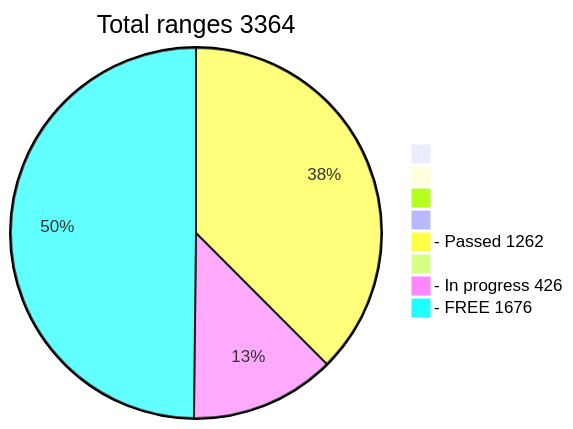
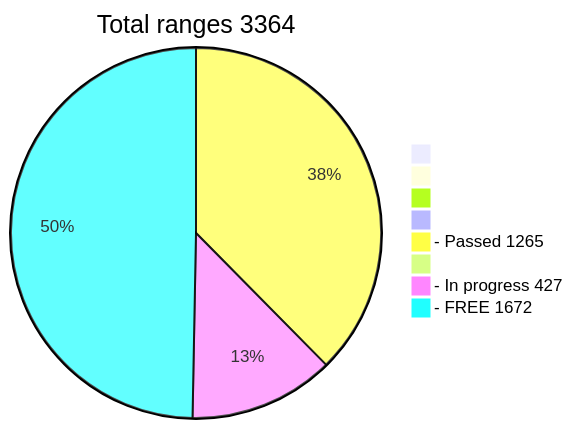
One commit to phrutis/wif500 changed the diagram in README.md. Above: the diagram before and after it, drawn with Mermaid.

````diff
--- a/README.md
+++ b/README.md
@@ -16,12 +16,12 @@
 ```mermaid
 pie title Total ranges 3364
              " " : 0
             "  " : 0
            "   " : 0
           "    " : 0
-  "- Passed 1262" : 1262
+  "- Passed 1265" : 1265
          "     " : 0
-  "- In progress 426" : 426
-   "- FREE 1676" : 1676
+  "- In progress 427" : 427
+   "- FREE 1672" : 1672
    
 ```
````
